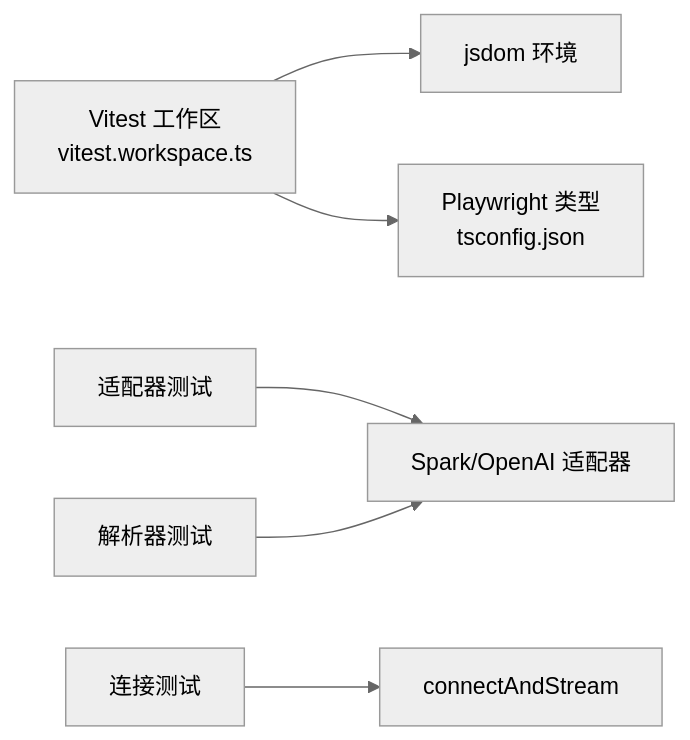
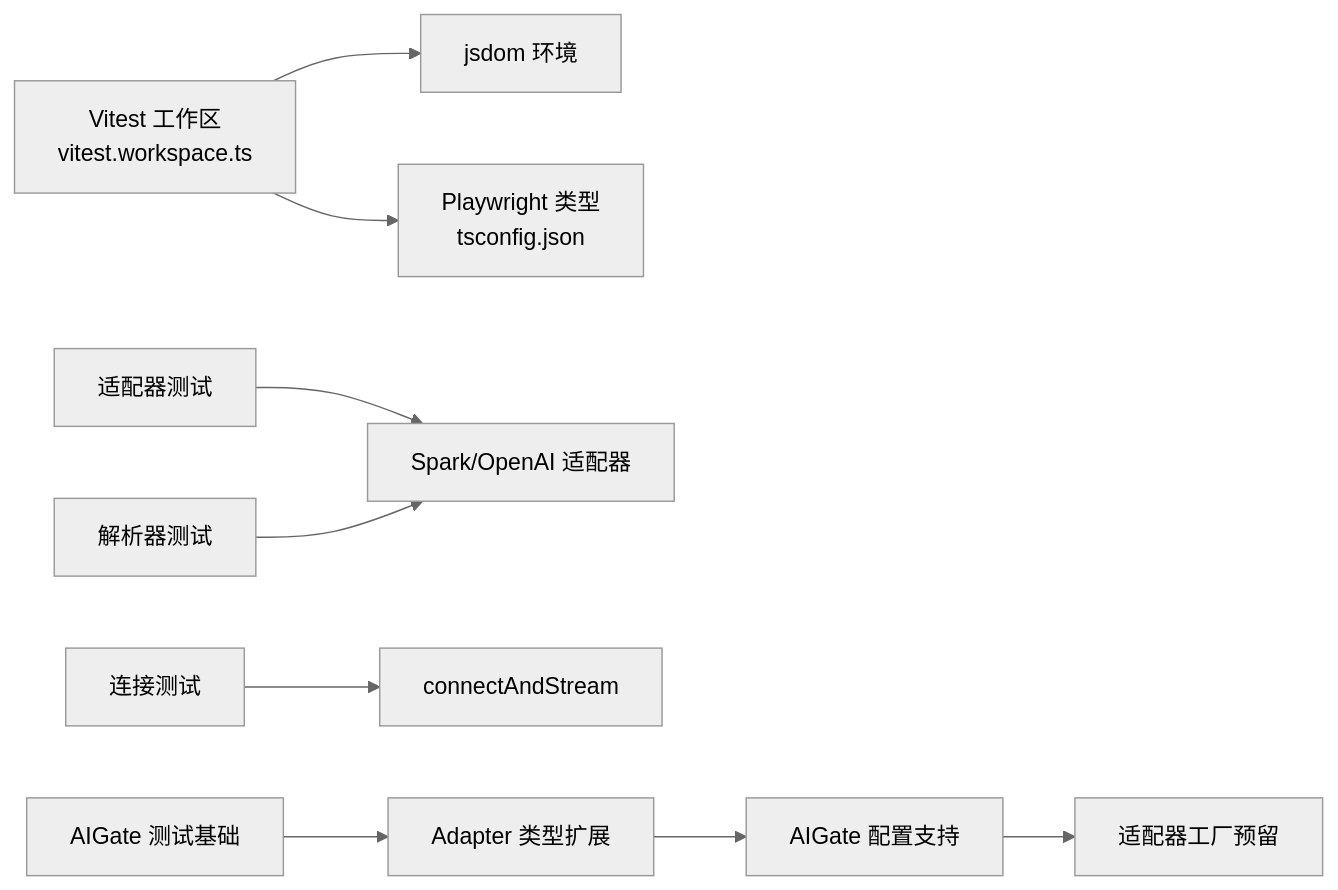
One commit to RadiumAg/bilibili-favorites changed the seventh of 7 diagrams in .qoder/repowiki/zh/content/开发指南/测试策略与实践.md. Above: the diagram before and after it, drawn with Mermaid (neutral theme). The commit also changed other lines of this file and 3 other files, not shown here.

````diff
--- a/.qoder/repowiki/zh/content/开发指南/测试策略与实践.md
+++ b/.qoder/repowiki/zh/content/开发指南/测试策略与实践.md
@@ -202,8 +245,11 @@
 ```mermaid
 graph LR
 V["Vitest 工作区<br/>vitest.workspace.ts"] --> J["jsdom 环境"]
 V --> P["Playwright 类型<br/>tsconfig.json"]
 T1["适配器测试"] --> A["Spark/OpenAI 适配器"]
 T2["解析器测试"] --> A
 T3["连接测试"] --> S["connectAndStream"]
+AIGate["AIGate 测试基础"] --> AT["Adapter 类型扩展"]
+AT --> AC["AIGate 配置支持"]
+AC --> AF["适配器工厂预留"]
 ```
````
